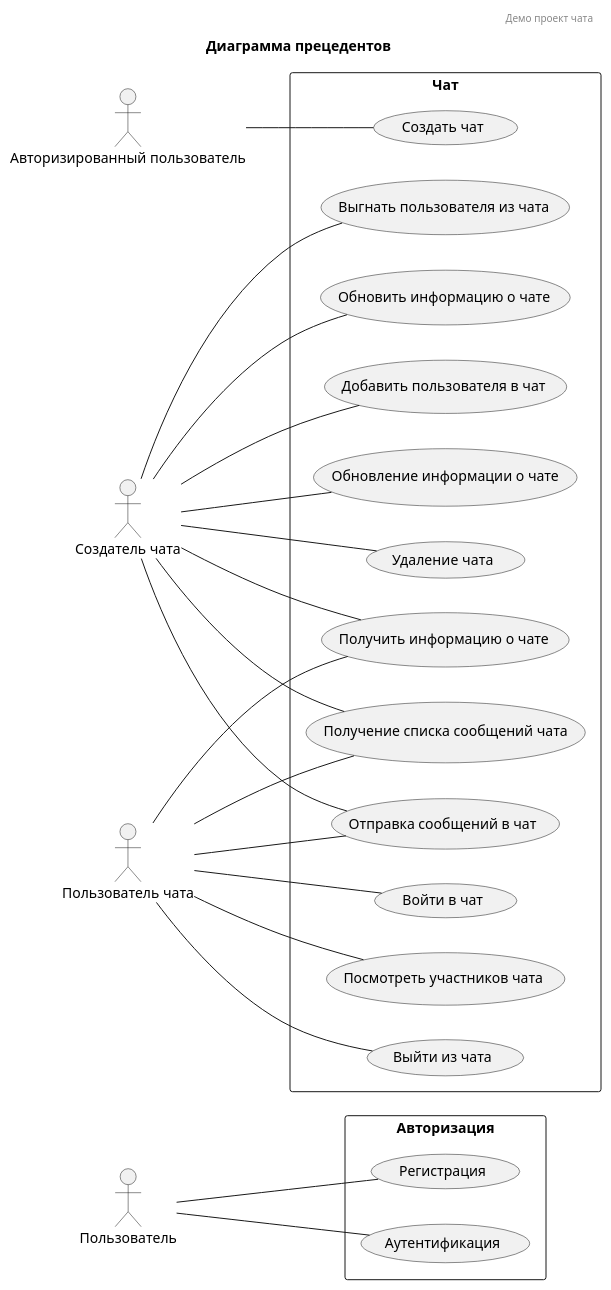
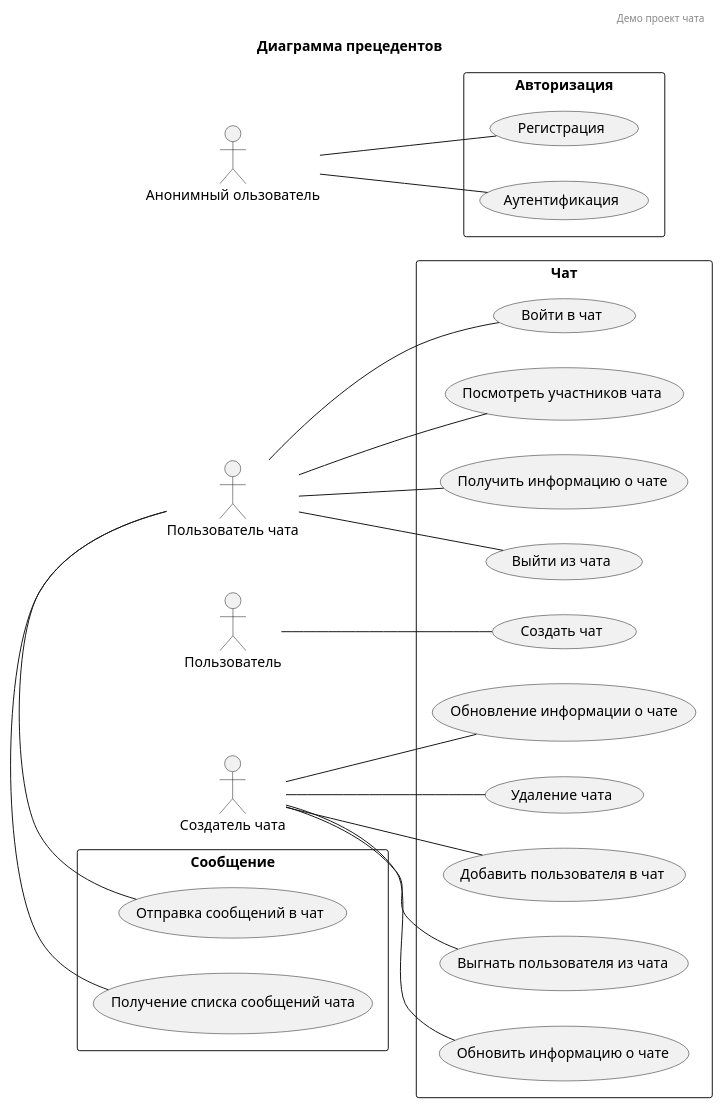
The diagram in docs/precedents.puml (Vurgul/project_chat), drawn with PlantUML before and after one commit. The commit also changed 11 other files, not shown here.

```diff
--- a/docs/precedents.puml
+++ b/docs/precedents.puml
@@ -1,57 +1,59 @@
 @startuml
 
 header Демо проект чата
 title Диаграмма прецедентов
 
 left to right direction
 
 rectangle "Авторизация" {
   usecase "Регистрация" as registration
   usecase "Аутентификация" as authentication
 }
 
 
 rectangle "Чат" {
   usecase "Обновление информации о чате" as information_update
   usecase "Удаление чата" as delete
   usecase "Создать чат" as create
   usecase "Получить информацию о чате" as get_info
   usecase "Обновить информацию о чате" as update_info
   usecase "Добавить пользователя в чат" as add_user
   usecase "Выгнать пользователя из чата" as kick_user
   usecase "Выйти из чата" as go_out
   usecase "Войти в чат" as come_in
   usecase "Посмотреть участников чата" as get_users
-  usecase "Отправка сообщений в чат" as send_message
-  usecase "Получение списка сообщений чата" as get_messages
 
 }
 
+rectangle "Сообщение" {
+  usecase "Отправка сообщений в чат" as send_message
+  usecase "Получение списка сообщений чата" as get_messages
+}
 
-actor "Пользователь" as user
+actor "Анонимный ользователь" as user
 user -- registration
 user -- authentication
 
-actor "Авторизированный пользователь" as auth_user
+actor "Пользователь" as auth_user
 auth_user -- create
 
 actor "Создатель чата" as creator_chat_user
 creator_chat_user -- information_update
 creator_chat_user -- add_user
 creator_chat_user -- kick_user
-creator_chat_user -- send_message
+
 creator_chat_user -- update_info
 creator_chat_user -- delete
-creator_chat_user -- get_info
-creator_chat_user -- get_messages
+
+
 
 actor "Пользователь чата" as chat_user
 chat_user -- get_users
 chat_user -- go_out
 chat_user -- come_in
-chat_user -- send_message
+chat_user -l-- send_message
 chat_user -- get_info
-chat_user -- get_messages
+chat_user -l-- get_messages
 
 
 @enduml
```
